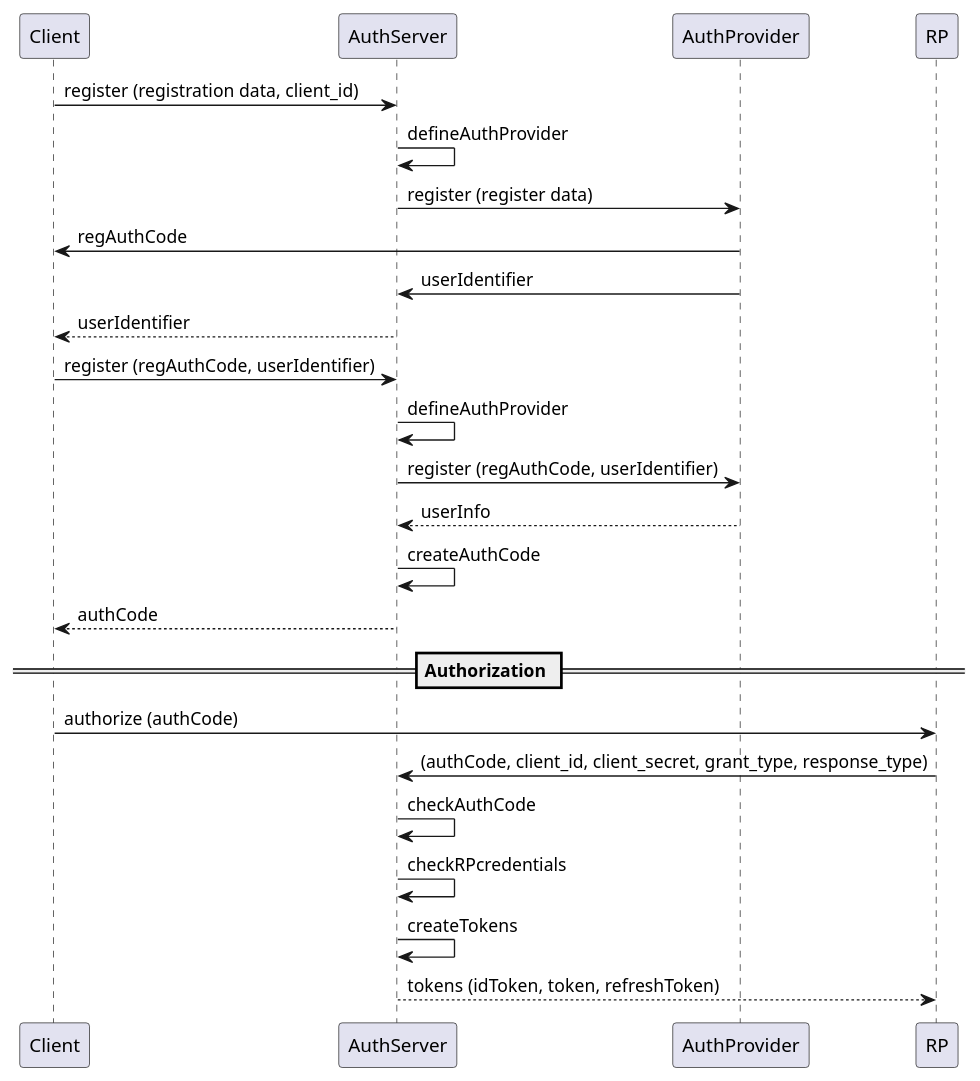
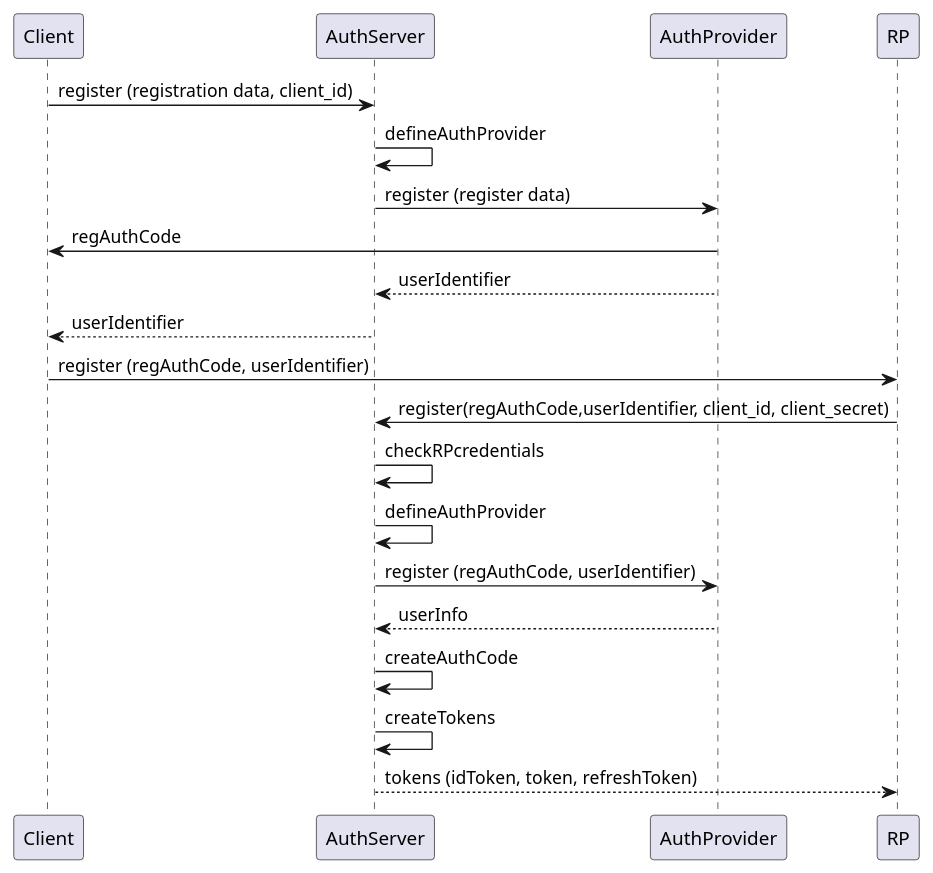
One commit to alfa-laboratory/ratauth changed the diagram in domain/src/main/doc/RegistrationByCode.puml. Above: the diagram before and after it, drawn with PlantUML. The commit also changed 22 other files, not shown here.

```diff
--- a/domain/src/main/doc/RegistrationByCode.puml
+++ b/domain/src/main/doc/RegistrationByCode.puml
@@ -1,21 +1,17 @@
 @startuml
 Client -> AuthServer: register (registration data, client_id)
 AuthServer -> AuthServer: defineAuthProvider
 AuthServer -> AuthProvider: register (register data)
 Client <- AuthProvider: regAuthCode
-AuthServer <- AuthProvider: userIdentifier
+AuthServer <-- AuthProvider: userIdentifier
 Client <-- AuthServer: userIdentifier
-Client -> AuthServer: register (regAuthCode, userIdentifier)
+Client -> RP: register (regAuthCode, userIdentifier)
+AuthServer <- RP: register(regAuthCode,userIdentifier, client_id, client_secret)
+AuthServer -> AuthServer: checkRPcredentials
 AuthServer -> AuthServer: defineAuthProvider
 AuthServer -> AuthProvider: register (regAuthCode, userIdentifier)
 AuthServer <-- AuthProvider: userInfo
 AuthServer -> AuthServer: createAuthCode
-Client <-- AuthServer: authCode
-== Authorization ==
-Client -> RP: authorize (authCode)
-AuthServer <- RP : (authCode, client_id, client_secret, grant_type, response_type)
-AuthServer -> AuthServer: checkAuthCode
-AuthServer -> AuthServer: checkRPcredentials
 AuthServer -> AuthServer: createTokens
 AuthServer --> RP: tokens (idToken, token, refreshToken)
 @enduml
```
